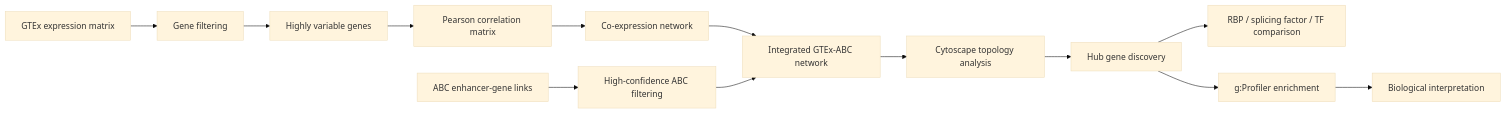
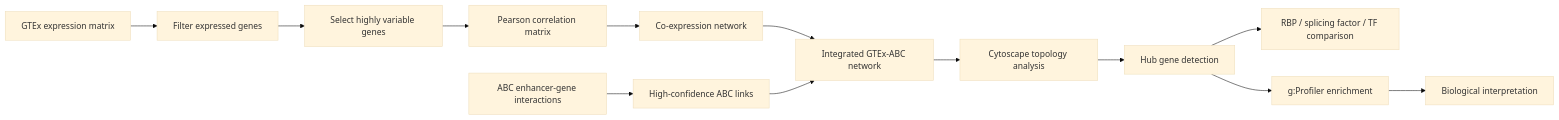
The diagram in README.md (sakthi-2003/GTEx_ABC_Regulatory_Network), drawn with Mermaid (base theme) before and after one commit. The commit also changed other lines of this file, not shown here.

````diff
--- a/README.md
+++ b/README.md
@@ -32,15 +28,15 @@
 ```mermaid
 flowchart LR
-    A["GTEx expression matrix"] --> B["Gene filtering"]
-    B --> C["Highly variable genes"]
+    A["GTEx expression matrix"] --> B["Filter expressed genes"]
+    B --> C["Select highly variable genes"]
     C --> D["Pearson correlation matrix"]
     D --> E["Co-expression network"]
-    F["ABC enhancer-gene links"] --> G["High-confidence ABC filtering"]
+    F["ABC enhancer-gene interactions"] --> G["High-confidence ABC links"]
     E --> H["Integrated GTEx-ABC network"]
     G --> H
     H --> I["Cytoscape topology analysis"]
-    I --> J["Hub gene discovery"]
+    I --> J["Hub gene detection"]
     J --> K["RBP / splicing factor / TF comparison"]
     J --> L["g:Profiler enrichment"]
     L --> M["Biological interpretation"]
 ```
````
